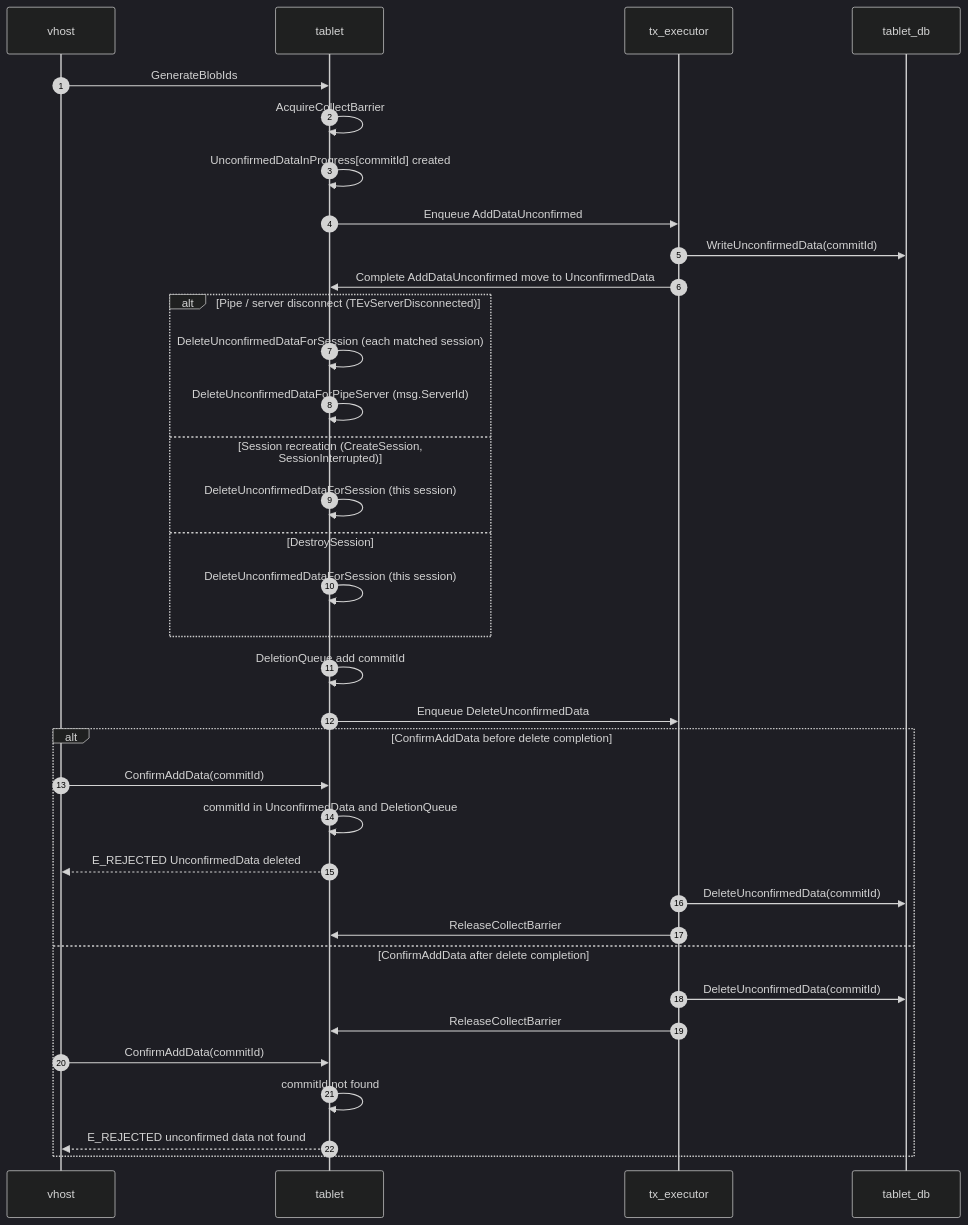
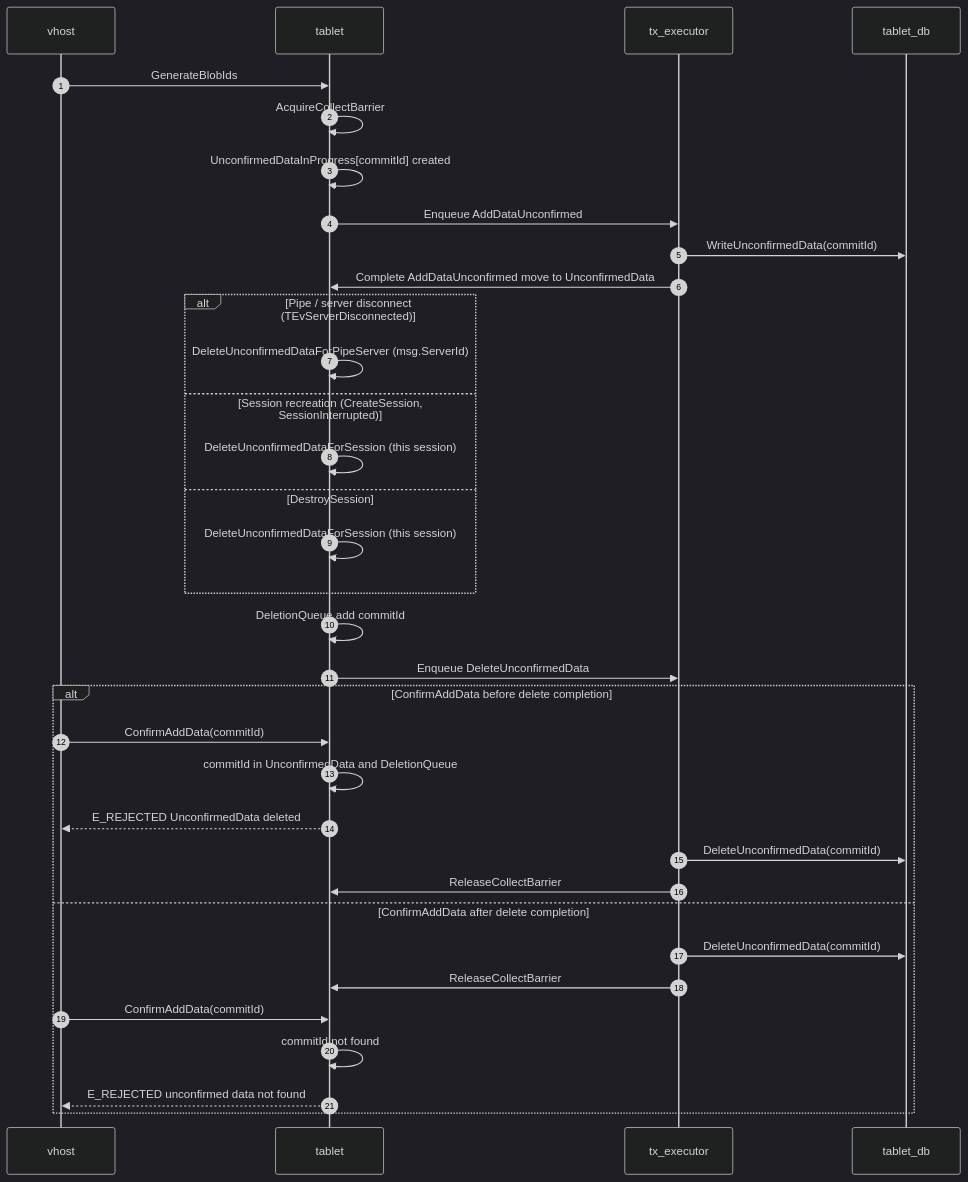
One commit to ydb-platform/nbs changed the eighth of 10 diagrams in doc/filestore/design/unconfirmed_three_stage_write.md. Above: the diagram before and after it, drawn with Mermaid (dark theme). The commit also changed other lines of this file and 8 other files, not shown here.

Commit message:
Filestore: remove unneded deletion unconfirmed data by session

````diff
--- a/doc/filestore/design/unconfirmed_three_stage_write.md
+++ b/doc/filestore/design/unconfirmed_three_stage_write.md
@@ -457,41 +461,40 @@
 ```mermaid
 sequenceDiagram
     autonumber
     participant V as vhost
     participant T as tablet
     participant X as tx_executor
     participant DB as tablet_db
 
     V->>T: GenerateBlobIds
     T->>T: AcquireCollectBarrier
     T->>T: UnconfirmedDataInProgress[commitId] created
     T->>X: Enqueue AddDataUnconfirmed
     X->>DB: WriteUnconfirmedData(commitId)
     X->>T: Complete AddDataUnconfirmed move to UnconfirmedData
 
     alt Pipe / server disconnect (TEvServerDisconnected)
-        T->>T: DeleteUnconfirmedDataForSession (each matched session)
         T->>T: DeleteUnconfirmedDataForPipeServer (msg.ServerId)
     else Session recreation (CreateSession, SessionInterrupted)
         T->>T: DeleteUnconfirmedDataForSession (this session)
     else DestroySession
         T->>T: DeleteUnconfirmedDataForSession (this session)
     end
 
     T->>T: DeletionQueue add commitId
     T->>X: Enqueue DeleteUnconfirmedData
 
     alt ConfirmAddData before delete completion
         V->>T: ConfirmAddData(commitId)
         T->>T: commitId in UnconfirmedData and DeletionQueue
         T-->>V: E_REJECTED UnconfirmedData deleted
         X->>DB: DeleteUnconfirmedData(commitId)
         X->>T: ReleaseCollectBarrier
     else ConfirmAddData after delete completion
         X->>DB: DeleteUnconfirmedData(commitId)
         X->>T: ReleaseCollectBarrier
         V->>T: ConfirmAddData(commitId)
         T->>T: commitId not found
         T-->>V: E_REJECTED unconfirmed data not found
     end
 ```
````
